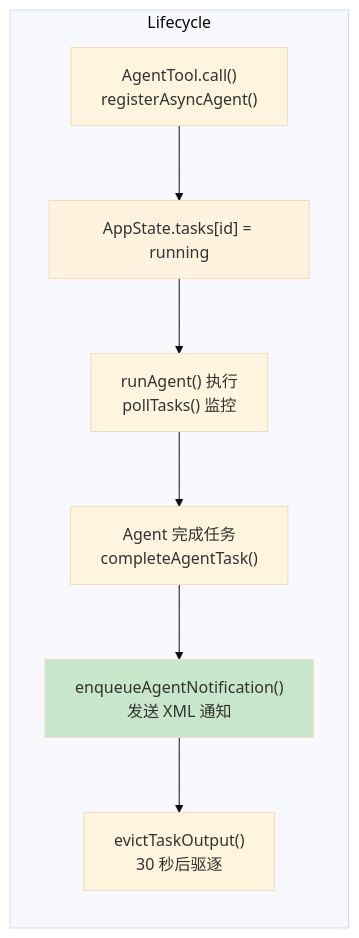
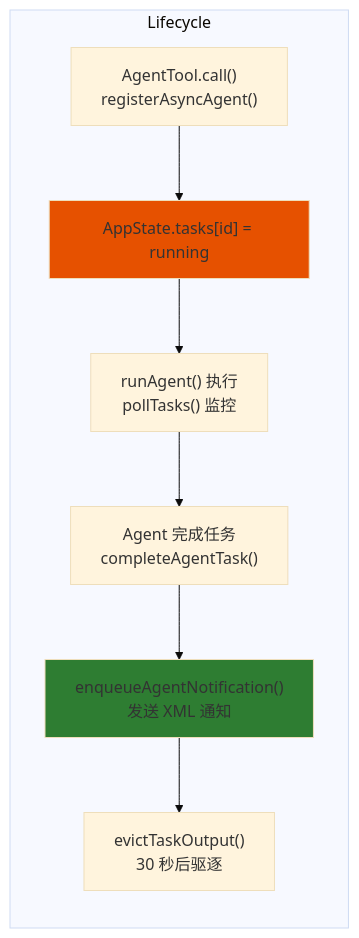
The second of 15 diagrams in harness/docs/deep/AGENT-SYSTEM.md (platootalp/harness-code), drawn with Mermaid (base theme) before and after one commit. The commit also changed other lines of this file and 10 other files, not shown here.

````diff
--- a/harness/docs/deep/AGENT-SYSTEM.md
+++ b/harness/docs/deep/AGENT-SYSTEM.md
@@ -93,16 +93,16 @@
 ```mermaid
 flowchart LR
     subgraph Lifecycle
         L1["AgentTool.call()\nregisterAsyncAgent()"]
         L2["AppState.tasks[id] = running"]
         L3["runAgent() 执行\npollTasks() 监控"]
         L4["Agent 完成任务\ncompleteAgentTask()"]
         L5["enqueueAgentNotification()\n发送 XML 通知"]
         L6["evictTaskOutput()\n30 秒后驱逐"]
     end
 
     L1 --> L2 --> L3 --> L4 --> L5 --> L6
 
-    style L2 fill:#fff3e0
-    style L5 fill:#c8e6c9
+    style L2 fill:#e65100
+    style L5 fill:#2e7d32
 ```
````
